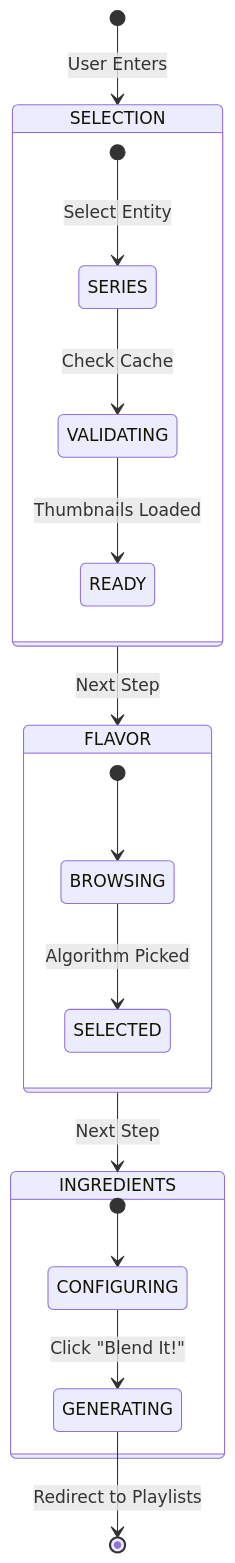
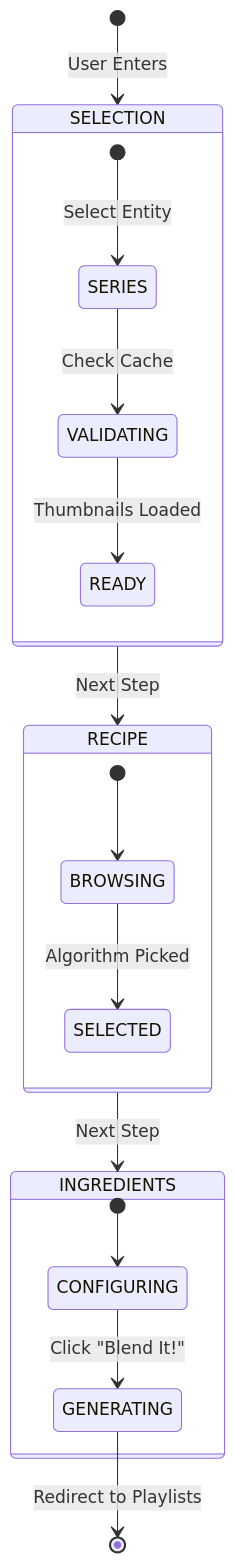
One commit to maujrp99/MJRP_AlbumsBalancedPlaylists_v0 changed the third of 3 diagrams in docs/manual/09_Frontend_Views.md. Above: the diagram before and after it, drawn with Mermaid. The commit also changed 10 other files, not shown here.

````diff
--- a/docs/manual/09_Frontend_Views.md
+++ b/docs/manual/09_Frontend_Views.md
@@ -101,26 +101,26 @@
 ```mermaid
 stateDiagram-v2
     [*] --> SELECTION: User Enters
     
     state SELECTION {
         [*] --> SERIES: Select Entity
         SERIES --> VALIDATING: Check Cache
         VALIDATING --> READY: Thumbnails Loaded
     }
     
-    SELECTION --> FLAVOR: Next Step
+    SELECTION --> RECIPE: Next Step
     
-    state FLAVOR {
+    state RECIPE {
         [*] --> BROWSING
         BROWSING --> SELECTED: Algorithm Picked
     }
     
-    FLAVOR --> INGREDIENTS: Next Step
+    RECIPE --> INGREDIENTS: Next Step
     
     state INGREDIENTS {
         [*] --> CONFIGURING
         CONFIGURING --> GENERATING: Click "Blend It!"
     }
     
     GENERATING --> [*]: Redirect to Playlists
 ```
````
